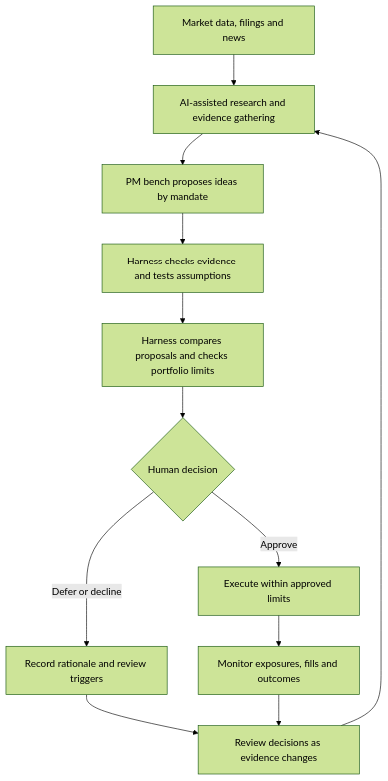
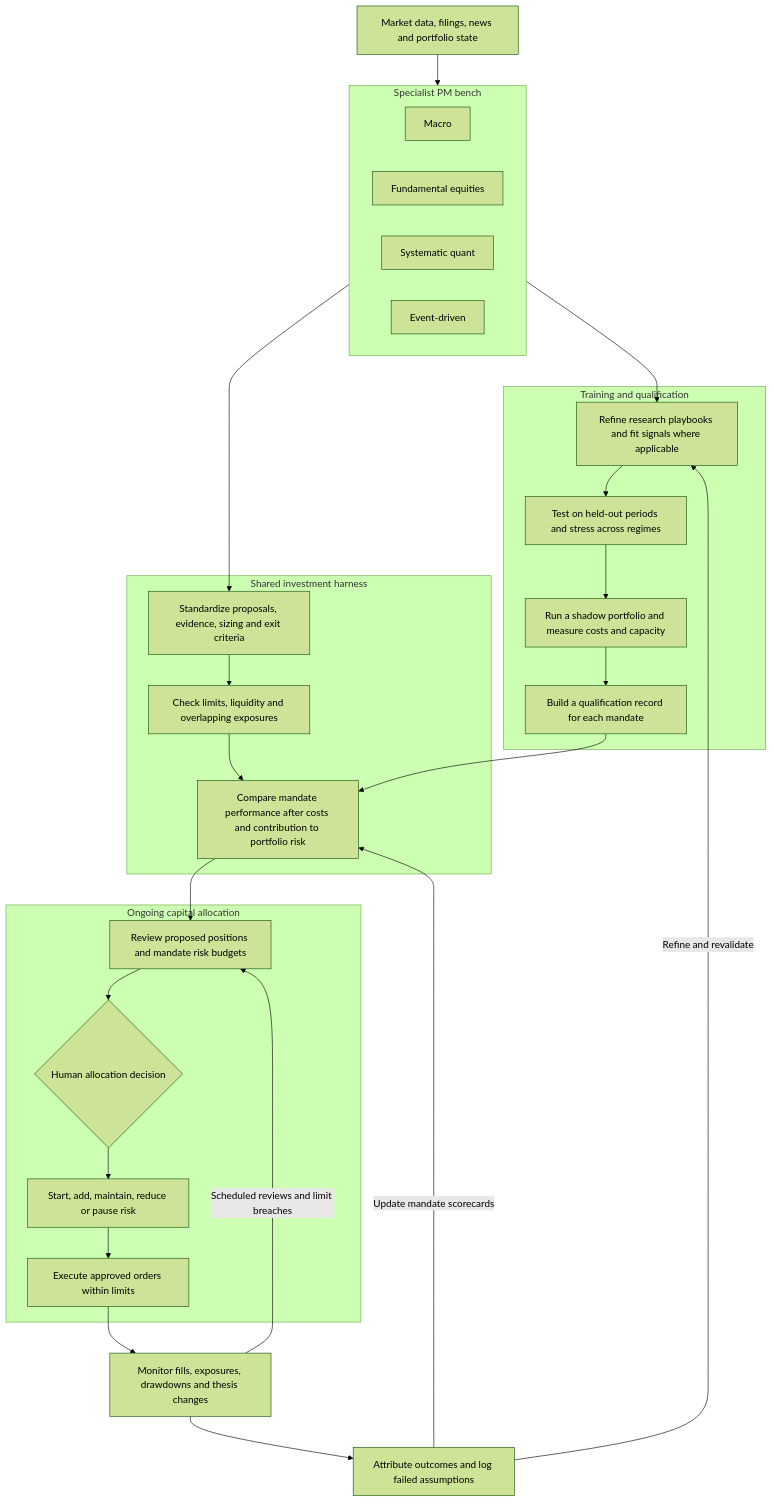
Before and after one commit to rohaanmehta3-cell/rm-vision: the diagram in README.md, drawn with Mermaid (forest theme). The commit also changed other lines of this file, not shown here.

Commit message:
Show PM qualification and ongoing capital allocation in workflow

````diff
--- a/README.md
+++ b/README.md
@@ -41,14 +41,48 @@
 ```mermaid
 flowchart TD
-    A["Market data, filings and news"] --> B["AI-assisted research and evidence gathering"]
-    B --> C["PM bench proposes ideas by mandate"]
-    C --> D["Harness checks evidence and tests assumptions"]
-    D --> E["Harness compares proposals and checks portfolio limits"]
-    E --> F{"Human decision"}
-    F -->|"Defer or decline"| G["Record rationale and review triggers"]
-    F -->|"Approve"| H["Execute within approved limits"]
-    H --> I["Monitor exposures, fills and outcomes"]
-    G --> J["Review decisions as evidence changes"]
-    I --> J
-    J --> B
+    DATA["Market data, filings, news and portfolio state"]
+
+    subgraph BENCH["Specialist PM bench"]
+        direction LR
+        MAC["Macro"]
+        FUND["Fundamental equities"]
+        QUANT["Systematic quant"]
+        EVENT["Event-driven"]
+    end
+
+    subgraph LAB["Training and qualification"]
+        TRAIN["Refine research playbooks and fit signals where applicable"]
+        TEST["Test on held-out periods and stress across regimes"]
+        SHADOW["Run a shadow portfolio and measure costs and capacity"]
+        READY["Build a qualification record for each mandate"]
+        TRAIN --> TEST --> SHADOW --> READY
+    end
+
+    subgraph HARNESS["Shared investment harness"]
+        IDEAS["Standardize proposals, evidence, sizing and exit criteria"]
+        RISK["Check limits, liquidity and overlapping exposures"]
+        SCORE["Compare mandate performance after costs and contribution to portfolio risk"]
+        IDEAS --> RISK --> SCORE
+    end
+
+    subgraph ALLOC["Ongoing capital allocation"]
+        REVIEW["Review proposed positions and mandate risk budgets"]
+        DECIDE{"Human allocation decision"}
+        CHANGE["Start, add, maintain, reduce or pause risk"]
+        EXEC["Execute approved orders within limits"]
+        REVIEW --> DECIDE --> CHANGE --> EXEC
+    end
+
+    LIVE["Monitor fills, exposures, drawdowns and thesis changes"]
+    RECORD["Attribute outcomes and log failed assumptions"]
+
+    DATA --> BENCH
+    BENCH --> TRAIN
+    BENCH --> IDEAS
+    READY --> SCORE
+    SCORE --> REVIEW
+    EXEC --> LIVE --> RECORD
+    LIVE -->|"Scheduled reviews and limit breaches"| REVIEW
+    RECORD -->|"Update mandate scorecards"| SCORE
+    RECORD -->|"Refine and revalidate"| TRAIN
 ```
````
